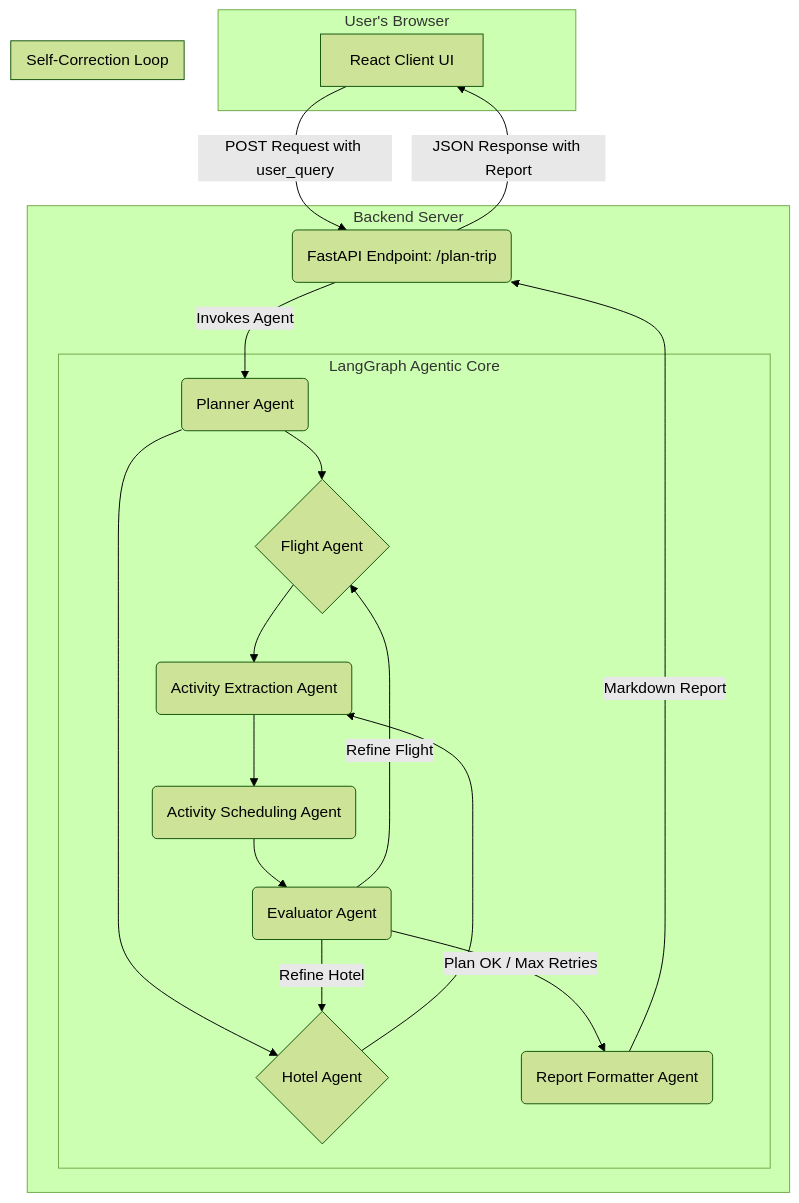
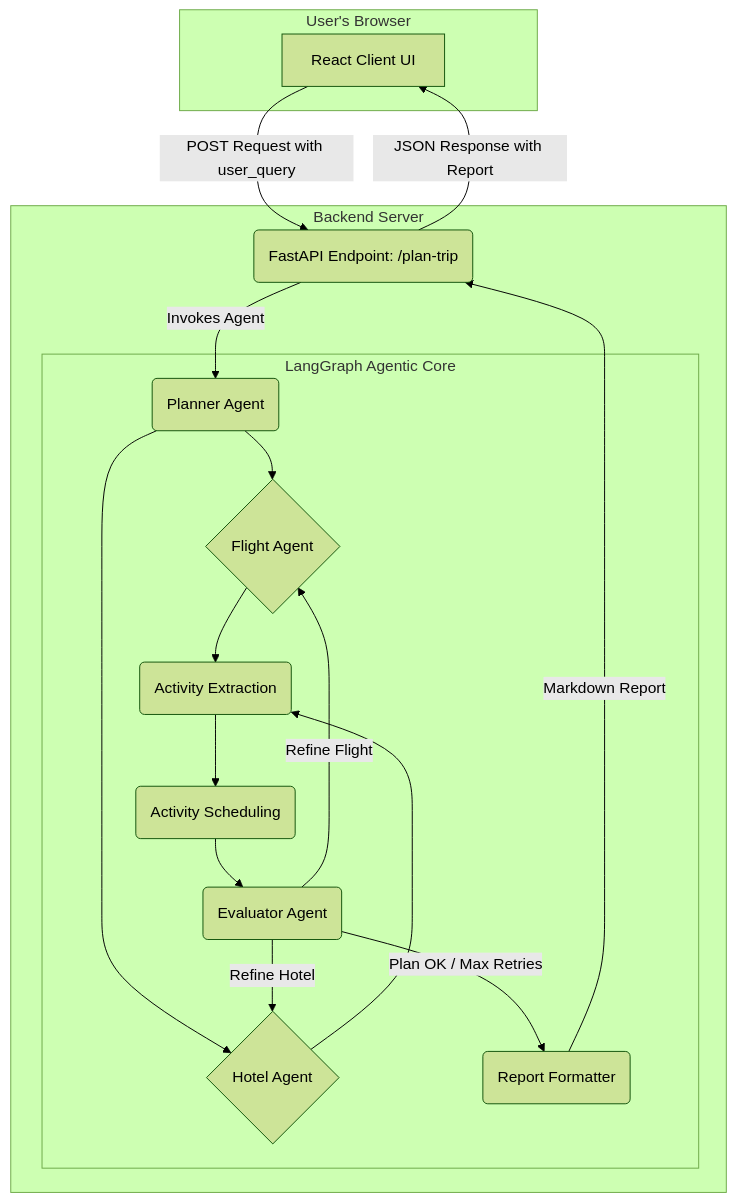
One commit to berkyalkn/AI-travel-agent changed the diagram in README.md. Above: the diagram before and after it, drawn with Mermaid (forest theme).

Commit message:
docs: Update README for full-stack architecture

````diff
--- a/README.md
+++ b/README.md
@@ -46,38 +46,33 @@
 ```mermaid
 graph TD
     subgraph "User's Browser"
         A[React Client UI]
     end
 
     subgraph "Backend Server"
         B(FastAPI Endpoint: /plan-trip)
         subgraph LangGraph Agentic Core
             C(Planner Agent)
             D{Flight Agent}
             E{Hotel Agent}
-            F(Activity Extraction Agent)
-            G(Activity Scheduling Agent)
+            F(Activity Extraction)
+            G(Activity Scheduling)
             H(Evaluator Agent)
-            I(Report Formatter Agent)
+            I(Report Formatter)
         end
     end
 
-   
+    
     A -- "POST Request with user_query" --> B
     B -- "Invokes Agent" --> C
     C --> D & E
     D --> F
     E --> F
     F --> G
     G --> H
-
-   
-    subgraph "Self-Correction Loop"
-        H -- "Refine Hotel" --> E
-        H -- "Refine Flight" --> D
-        H -- "Plan OK / Max Retries" --> I
-    end
-
+    H -- "Refine Hotel" --> E
+    H -- "Refine Flight" --> D
+    H -- "Plan OK / Max Retries" --> I
     I -- "Markdown Report" --> B
     B -- "JSON Response with Report" --> A
  ```
````
